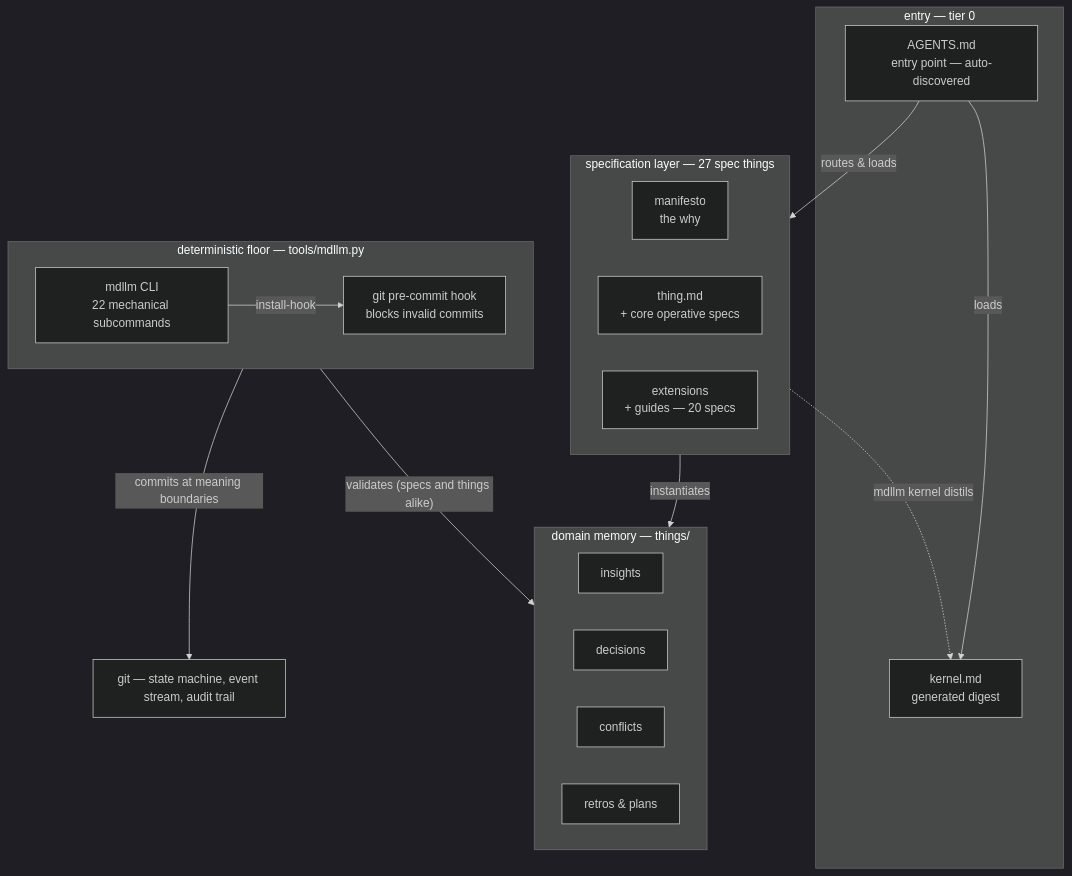
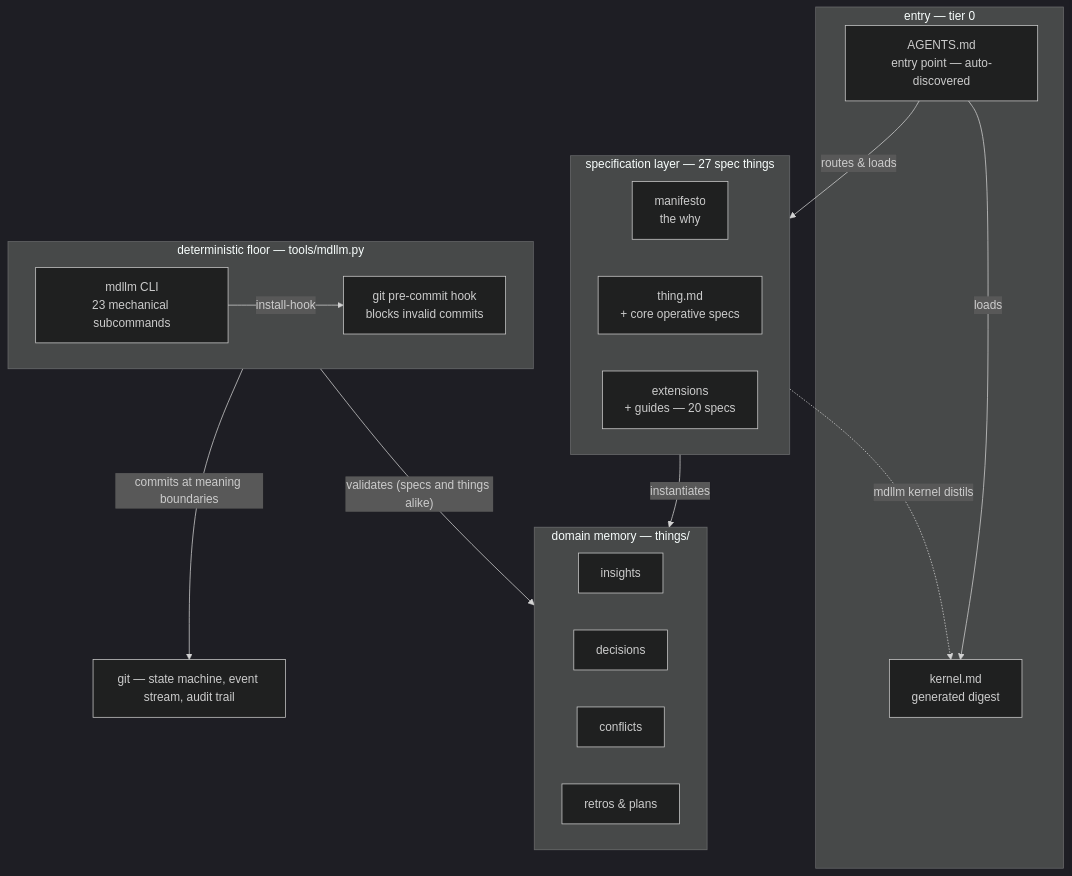
The first of 4 diagrams in docs/framework-map.md (JanoshMoshiri/MarkdownLLM), drawn with Mermaid (dark theme) before and after one commit. The commit also changed other lines of this file and 4 other files, not shown here.

````diff
--- a/docs/framework-map.md
+++ b/docs/framework-map.md
@@ -54,31 +54,31 @@
 ```mermaid
 flowchart TD
     subgraph entry ["entry — tier 0"]
         AGENTS["AGENTS.md<br/>entry point — auto-discovered"]
         KERNEL["kernel.md<br/>generated digest"]
     end
     subgraph specs ["specification layer — 27 spec things"]
         MANIFESTO["manifesto<br/>the why"]
         THING["thing.md<br/>+ core operative specs"]
         EXT["extensions<br/>+ guides — 20 specs"]
     end
     subgraph memory ["domain memory — things/"]
         INSIGHTS["insights"]
         DECISIONS["decisions"]
         CONFLICTS["conflicts"]
         RETROS["retros & plans"]
     end
     subgraph floor ["deterministic floor — tools/mdllm.py"]
-        MDLLM["mdllm CLI<br/>22 mechanical subcommands"]
+        MDLLM["mdllm CLI<br/>23 mechanical subcommands"]
         HOOK["git pre-commit hook<br/>blocks invalid commits"]
     end
     GIT["git — state machine, event stream, audit trail"]
 
     AGENTS -->|loads| KERNEL
     AGENTS -->|routes & loads| specs
     specs -.->|"mdllm kernel distils"| KERNEL
     specs -->|instantiates| memory
     MDLLM -->|install-hook| HOOK
     floor -->|"validates (specs and things alike)"| memory
     floor -->|commits at meaning boundaries| GIT
 ```
````
